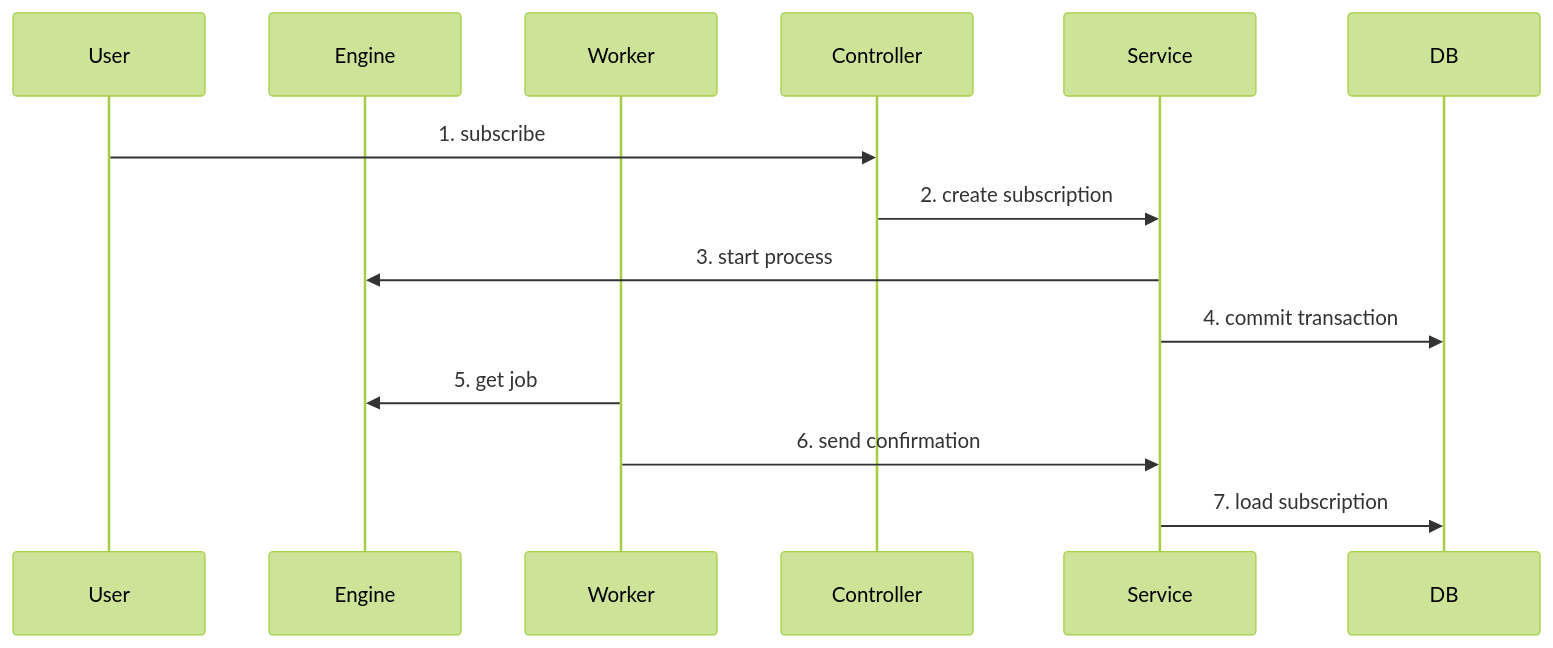
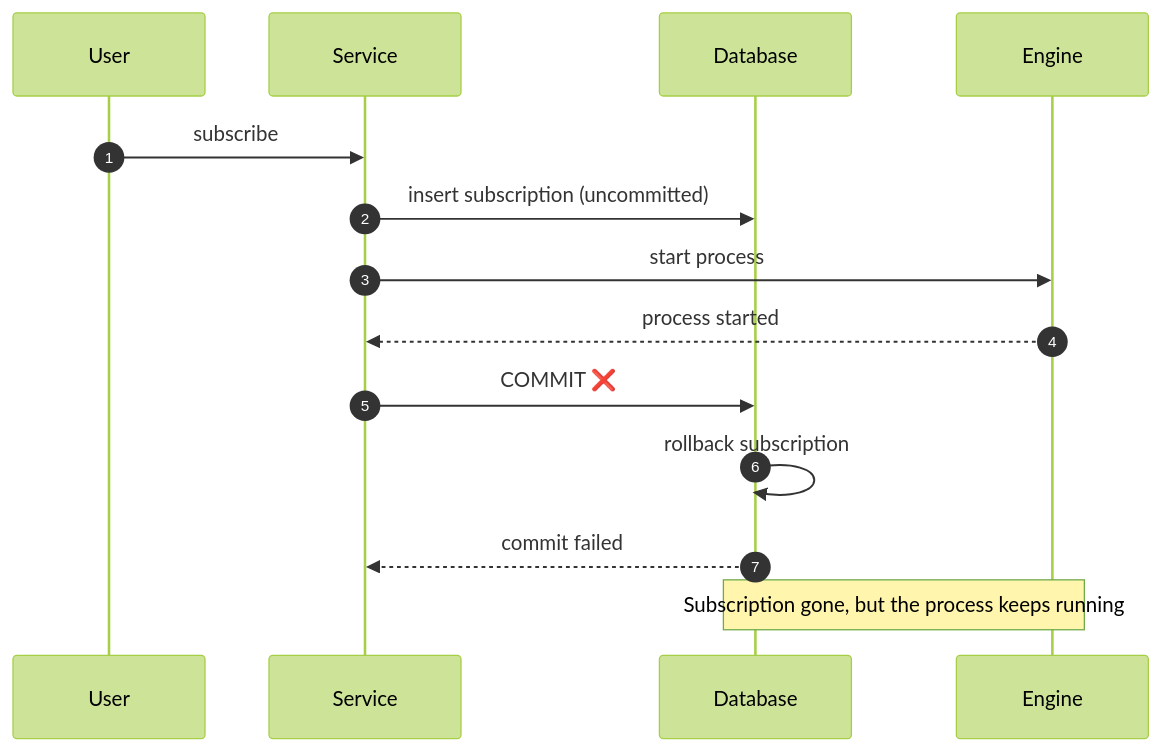
The diagram in CHALLENGES.md (emaarco/distributed-horcruxes), drawn with Mermaid (forest theme) before and after one commit. The commit also changed other lines of this file and 4 other files, not shown here.

````diff
--- a/CHALLENGES.md
+++ b/CHALLENGES.md
@@ -118,16 +178,16 @@
 ```mermaid
 sequenceDiagram
+    autonumber
     participant User
+    participant Service
+    participant DB as Database
     participant Engine
-    participant Worker
-    participant Controller
-    participant Service
-    participant DB
-    User ->> Controller: 1. subscribe
-    Controller ->> Service: 2. create subscription
-    Service ->> Engine: 3. start process
-    Service ->> DB: 4. commit transaction
-    Worker ->> Engine: 5. get job
-    Worker ->> Service: 6. send confirmation
-    Service ->> DB: 7. load subscription
+    User ->> Service: subscribe
+    Service ->> DB: insert subscription (uncommitted)
+    Service ->> Engine: start process
+    Engine -->> Service: process started
+    Service ->> DB: COMMIT ❌
+    DB ->> DB: rollback subscription
+    DB -->> Service: commit failed
+    Note over DB, Engine: Subscription gone, but the process keeps running
 ```
````
